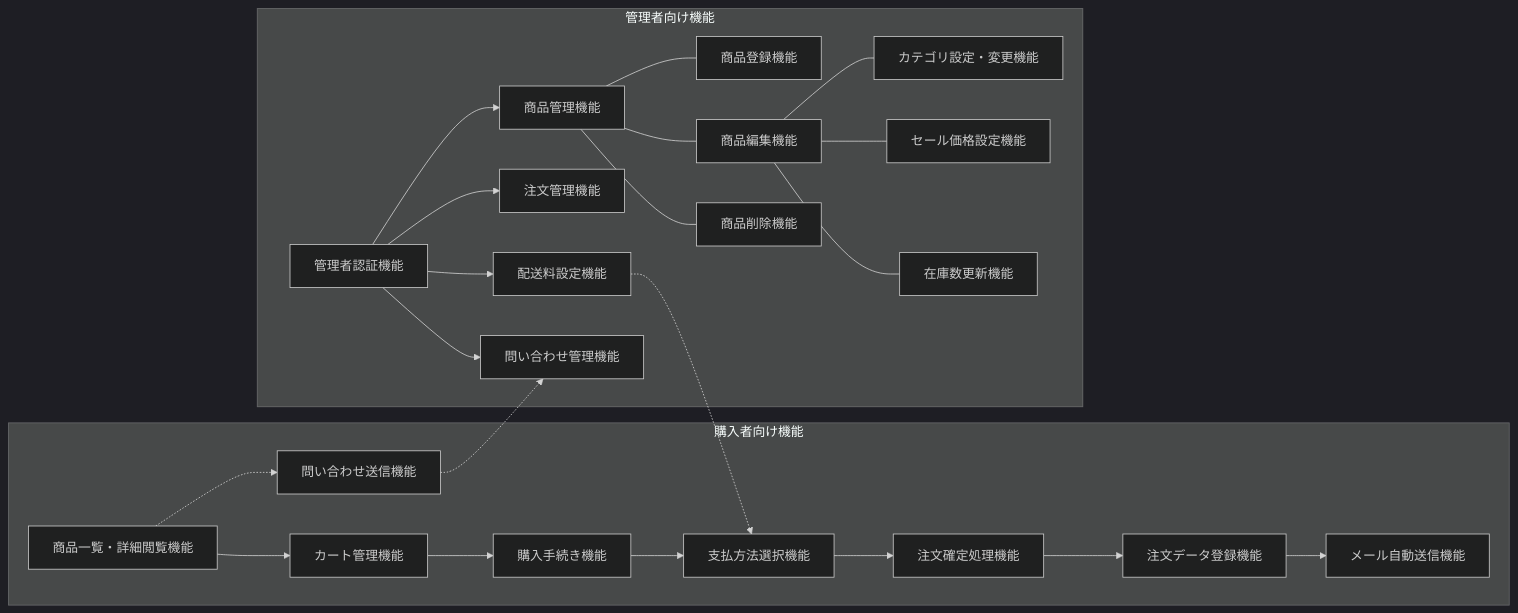
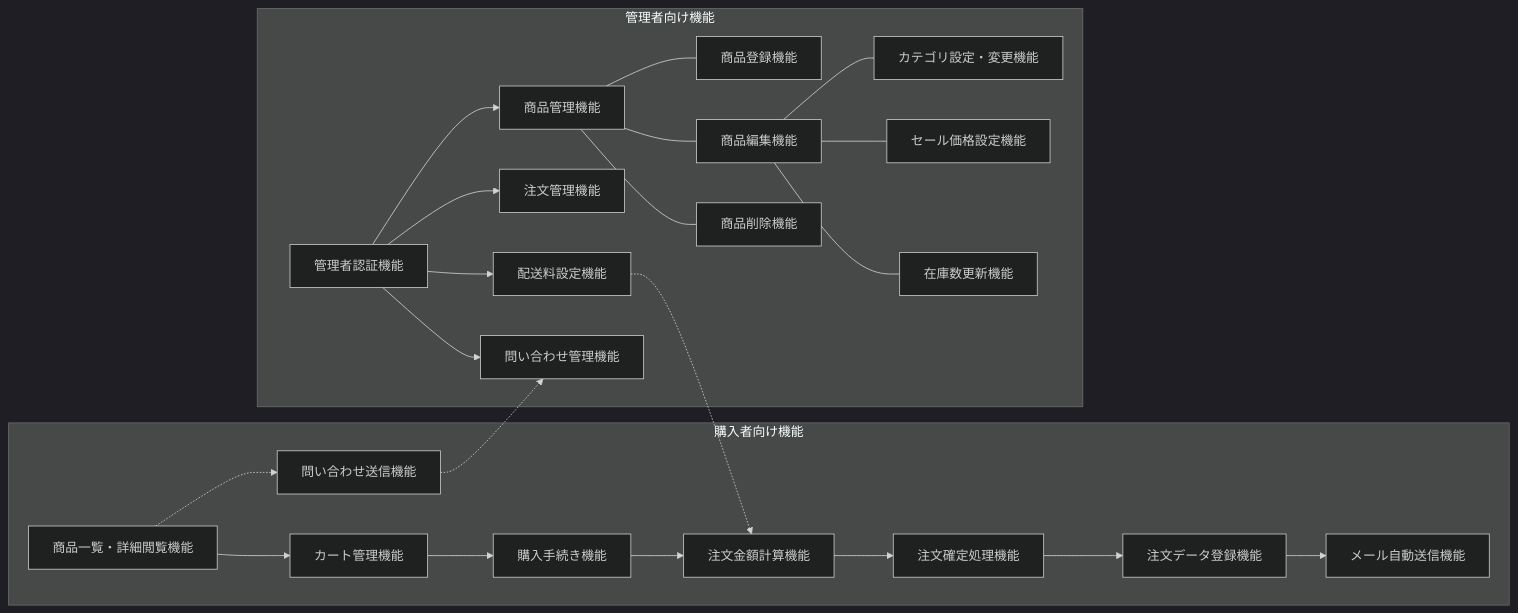
The first of 3 diagrams in 基本設計/機能構成図.md (Aoi-Yaegashi/teamF), drawn with Mermaid (dark theme) before and after one commit.

Commit message:
機能構成図修正

````diff
--- a/基本設計/機能構成図.md
+++ b/基本設計/機能構成図.md
@@ -47,51 +47,51 @@
 ```mermaid
 
 flowchart LR
   subgraph Front["購入者向け機能"]
     A[商品一覧・詳細閲覧機能]
     B[カート管理機能]
     C[購入手続き機能]
-    D[支払方法選択機能]
+    D[注文金額計算機能]
     E[注文確定処理機能]
     F[注文データ登録機能]
     G[メール自動送信機能]
     H[問い合わせ送信機能]
   end
 
   subgraph Admin["管理者向け機能"]
     L[管理者認証機能]
     I[商品管理機能]
     I1[商品登録機能]
     I2[商品編集機能]
     I21[カテゴリ設定・変更機能]
     I22[セール価格設定機能]
     I23[在庫数更新機能]
     I3[商品削除機能]
     J[注文管理機能]
     M[配送料設定機能]
     N[問い合わせ管理機能]
   end
 
 
   %% 購入フロー
   A --> B --> C --> D --> E --> F --> G
 
   %% 問い合わせフロー
   A -.-> H
 
   %% 管理者画面起点
   L --> I
   L --> J
   L --> M
   L --> N
 
   I --- I1 & I2 & I3
   I2 --- I21 & I22 & I23
 
   %% 配送→支払選択の依存
   M -.-> D
 
   %% 問い合わせ→管理への遷移
   H -.-> N
 
 ```
````
